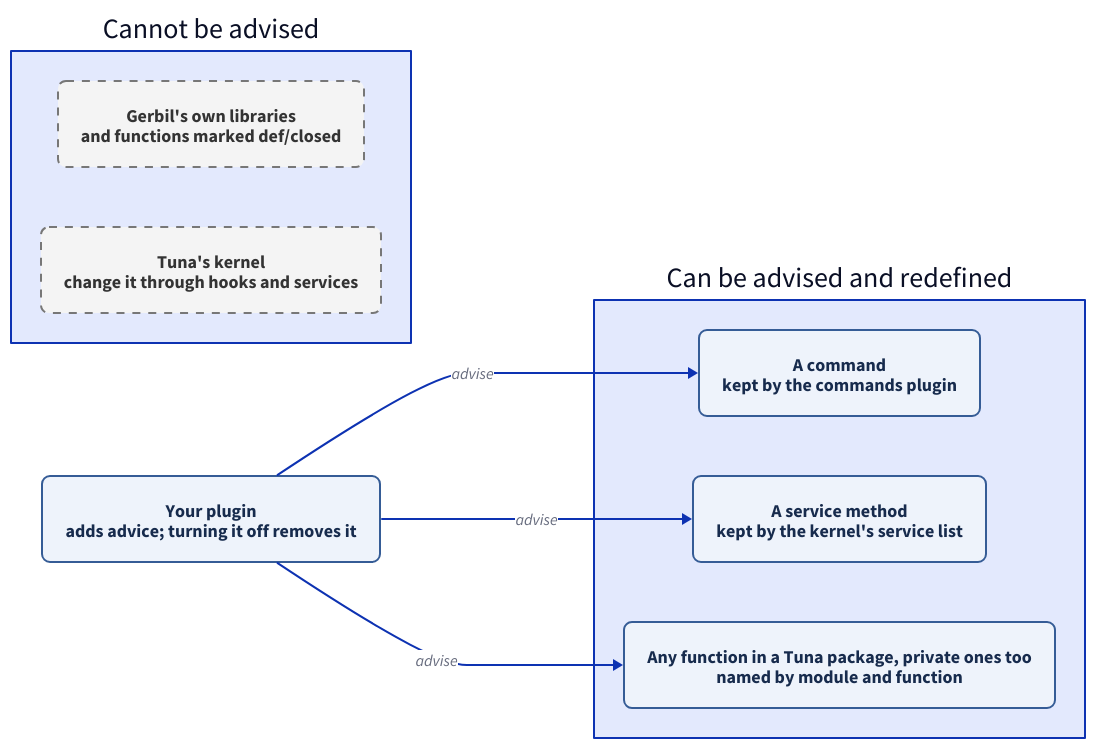
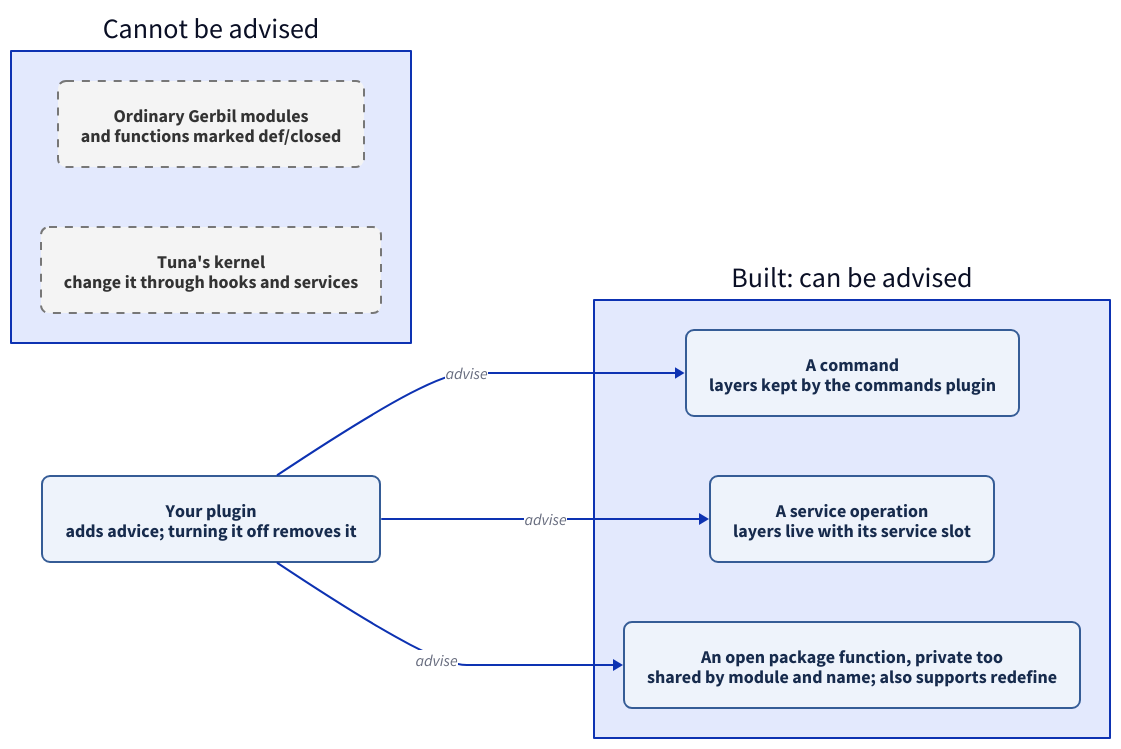
One commit to jaybonthius/tuna changed the diagram in docs/diagrams/advice-targets.d2. Above: the diagram before and after it, drawn with D2. The commit also changed 9 other files, not shown here.

```diff
--- a/docs/diagrams/advice-targets.d2
+++ b/docs/diagrams/advice-targets.d2
@@ -1,47 +1,47 @@
 # What can be advised, and who keeps the advice?
 vars: {
   d2-config: {
     layout-engine: dagre
     theme-id: 0
   }
 }
 direction: right
 
 classes: {
   yes: {
     style: {
       fill: "#eef3fb"
       stroke: "#355c96"
       font-color: "#172b4d"
       border-radius: 8
       font-size: 18
     }
   }
   no: {
     style: {
       fill: "#f4f4f4"
       stroke: "#777777"
       font-color: "#333333"
       border-radius: 8
       stroke-dash: 4
       font-size: 18
     }
   }
 }
 
 plugin: "Your plugin\nadds advice; turning it off removes it" {class: yes}
 
-can: "Can be advised and redefined" {
-  cmd: "A command\nkept by the commands plugin" {class: yes}
-  svc: "A service method\nkept by the kernel's service list" {class: yes}
-  decl: "Any function in a Tuna package, private ones too\nnamed by module and function" {class: yes}
+can: "Built: can be advised" {
+  cmd: "A command\nlayers kept by the commands plugin" {class: yes}
+  svc: "A service operation\nlayers live with its service slot" {class: yes}
+  decl: "An open package function, private too\nshared by module and name; also supports redefine" {class: yes}
 }
 
 cannot: "Cannot be advised" {
-  plain: "Gerbil's own libraries\nand functions marked def/closed" {class: no}
+  plain: "Ordinary Gerbil modules\nand functions marked def/closed" {class: no}
   kernel: "Tuna's kernel\nchange it through hooks and services" {class: no}
 }
 
 plugin -> can.cmd: "advise"
 plugin -> can.svc: "advise"
 plugin -> can.decl: "advise"
```
